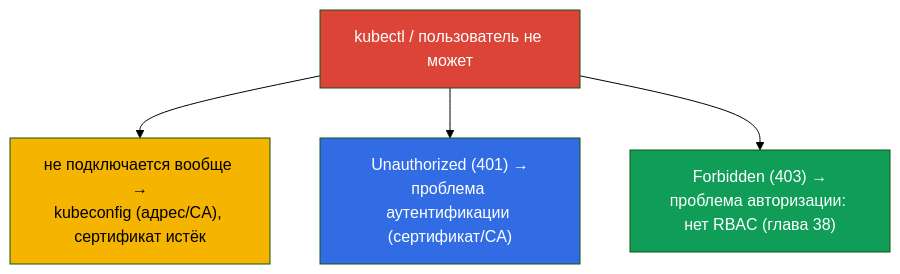
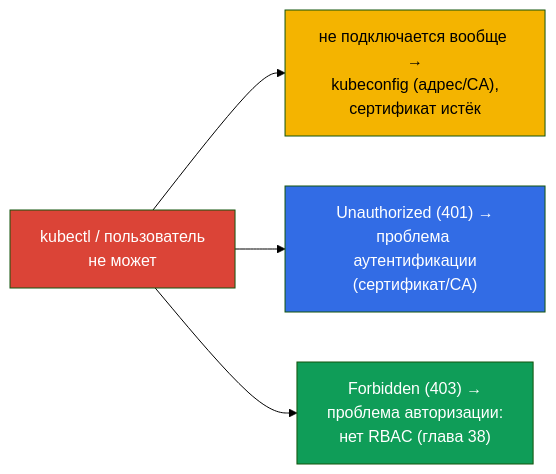
The seventh of 7 diagrams in tasks/cka/course/39/ru.md (ViktorUJ/cks), drawn with Mermaid (forest theme) before and after one commit. The commit also changed other lines of this file and 30 other files, not shown here.

````diff
--- a/tasks/cka/course/39/ru.md
+++ b/tasks/cka/course/39/ru.md
@@ -206,11 +251,11 @@
 ```mermaid
-flowchart TB
-    problem["kubectl / пользователь не может"]
-    problem --> c1["не подключается вообще →<br>kubeconfig (адрес/CA), сертификат истёк"]
-    problem --> c2["Unauthorized (401) →<br>проблема аутентификации (сертификат/CA)"]
-    problem --> c3["Forbidden (403) →<br>проблема авторизации: нет RBAC (глава 38)"]
+flowchart LR
+    problem["kubectl / пользователь<br>не может"]
+    problem --> c1["не подключается вообще →<br>kubeconfig (адрес/CA),<br>сертификат истёк"]
+    problem --> c2["Unauthorized (401) →<br>проблема аутентификации<br>(сертификат/CA)"]
+    problem --> c3["Forbidden (403) →<br>проблема авторизации:<br>нет RBAC (глава 38)"]
     style problem fill:#db4437,color:#fff
     style c1 fill:#f4b400,color:#000
     style c2 fill:#326ce5,color:#fff
     style c3 fill:#0f9d58,color:#fff
 ```
````
